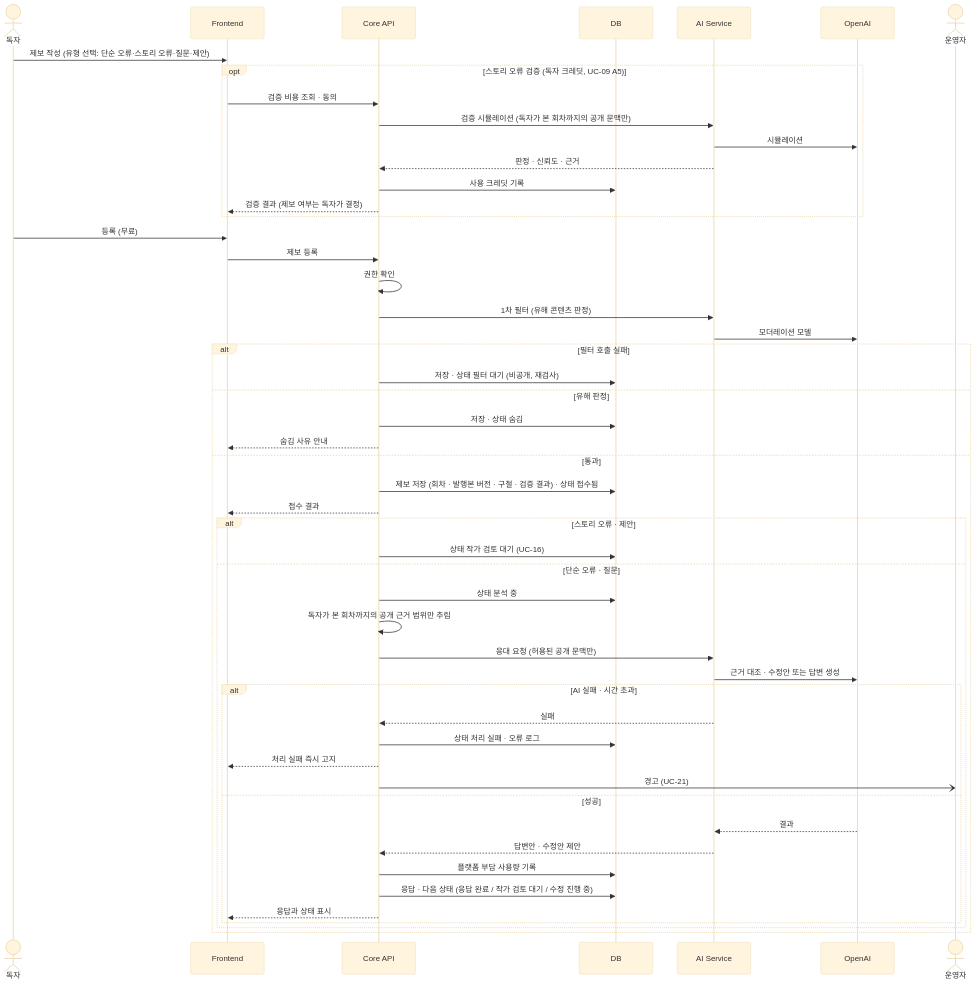
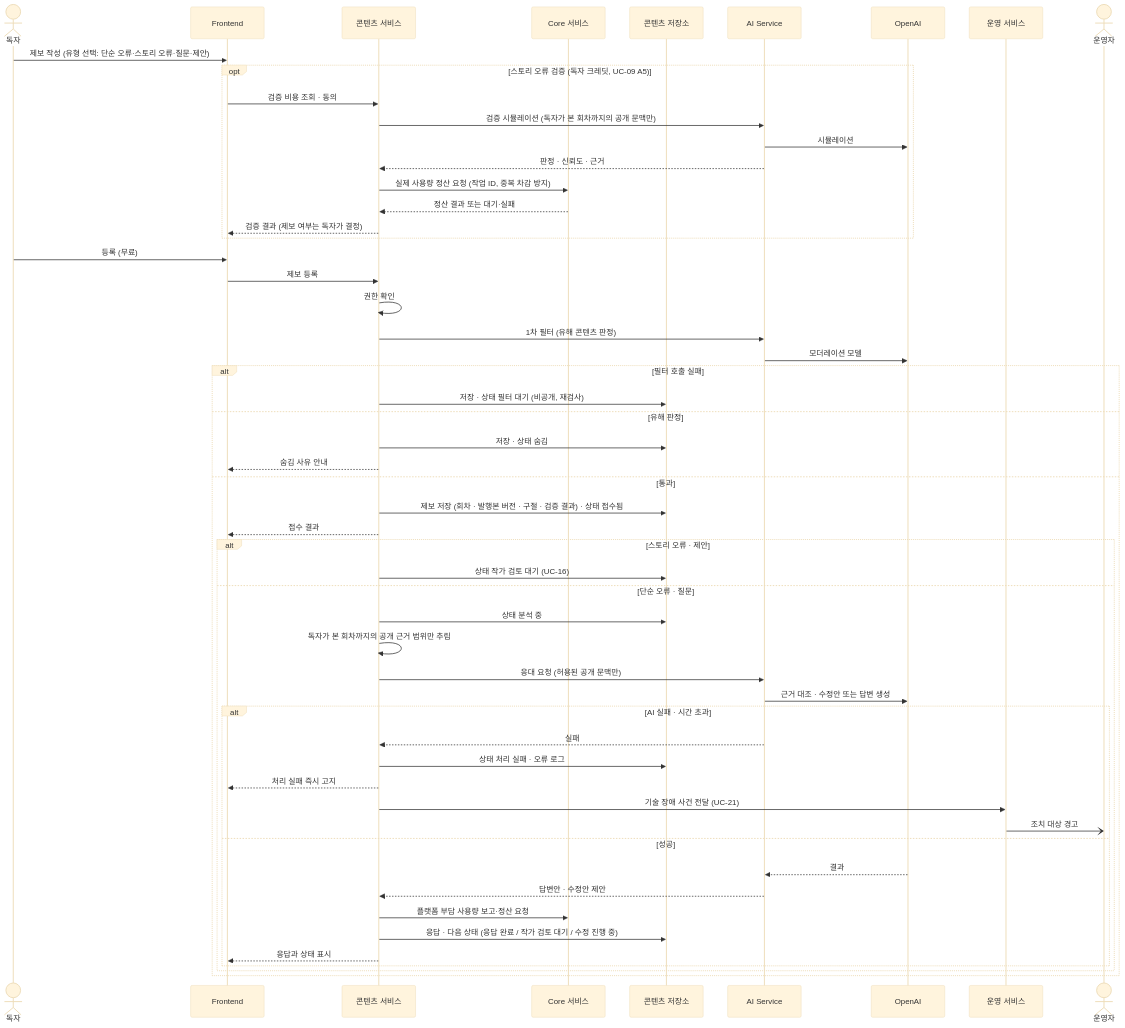
One commit to SKNETWORKS-FAMILY-AICAMP/SKN34-FINAL-4TEAM changed the first of 4 diagrams in docs/diagrams/sequence.md. Above: the diagram before and after it, drawn with Mermaid (base theme). The commit also changed other lines of this file and 79 other files, not shown here.

````diff
--- a/docs/diagrams/sequence.md
+++ b/docs/diagrams/sequence.md
@@ -5,53 +5,57 @@
 ```mermaid
 sequenceDiagram
   actor R as 독자
   participant FE as Frontend
-  participant CO as Core API
-  participant DB as DB
+  participant CO as 콘텐츠 서비스
+  participant CORE as Core 서비스
+  participant DB as 콘텐츠 저장소
   participant AI as AI Service
   participant LLM as OpenAI
+  participant OPS as 운영 서비스
   actor OP as 운영자
   R->>FE: 제보 작성 (유형 선택: 단순 오류·스토리 오류·질문·제안)
   opt 스토리 오류 검증 (독자 크레딧, UC-09 A5)
     FE->>CO: 검증 비용 조회 · 동의
     CO->>AI: 검증 시뮬레이션 (독자가 본 회차까지의 공개 문맥만)
     AI->>LLM: 시뮬레이션
     AI-->>CO: 판정 · 신뢰도 · 근거
-    CO->>DB: 사용 크레딧 기록
+    CO->>CORE: 실제 사용량 정산 요청 (작업 ID, 중복 차감 방지)
+    CORE-->>CO: 정산 결과 또는 대기·실패
     CO-->>FE: 검증 결과 (제보 여부는 독자가 결정)
   end
   R->>FE: 등록 (무료)
   FE->>CO: 제보 등록
   CO->>CO: 권한 확인
   CO->>AI: 1차 필터 (유해 콘텐츠 판정)
   AI->>LLM: 모더레이션 모델
   alt 필터 호출 실패
     CO->>DB: 저장 · 상태 필터 대기 (비공개, 재검사)
   else 유해 판정
     CO->>DB: 저장 · 상태 숨김
     CO-->>FE: 숨김 사유 안내
   else 통과
     CO->>DB: 제보 저장 (회차 · 발행본 버전 · 구절 · 검증 결과) · 상태 접수됨
     CO-->>FE: 접수 결과
     alt 스토리 오류 · 제안
       CO->>DB: 상태 작가 검토 대기 (UC-16)
     else 단순 오류 · 질문
       CO->>DB: 상태 분석 중
       CO->>CO: 독자가 본 회차까지의 공개 근거 범위만 추림
       CO->>AI: 응대 요청 (허용된 공개 문맥만)
       AI->>LLM: 근거 대조 · 수정안 또는 답변 생성
       alt AI 실패 · 시간 초과
         AI-->>CO: 실패
         CO->>DB: 상태 처리 실패 · 오류 로그
         CO-->>FE: 처리 실패 즉시 고지
-        CO-)OP: 경고 (UC-21)
+        CO->>OPS: 기술 장애 사건 전달 (UC-21)
+        OPS-)OP: 조치 대상 경고
       else 성공
         LLM-->>AI: 결과
         AI-->>CO: 답변안 · 수정안 제안
-        CO->>DB: 플랫폼 부담 사용량 기록
+        CO->>CORE: 플랫폼 부담 사용량 보고·정산 요청
         CO->>DB: 응답 · 다음 상태 (응답 완료 / 작가 검토 대기 / 수정 진행 중)
         CO-->>FE: 응답과 상태 표시
       end
     end
   end
 ```
````
